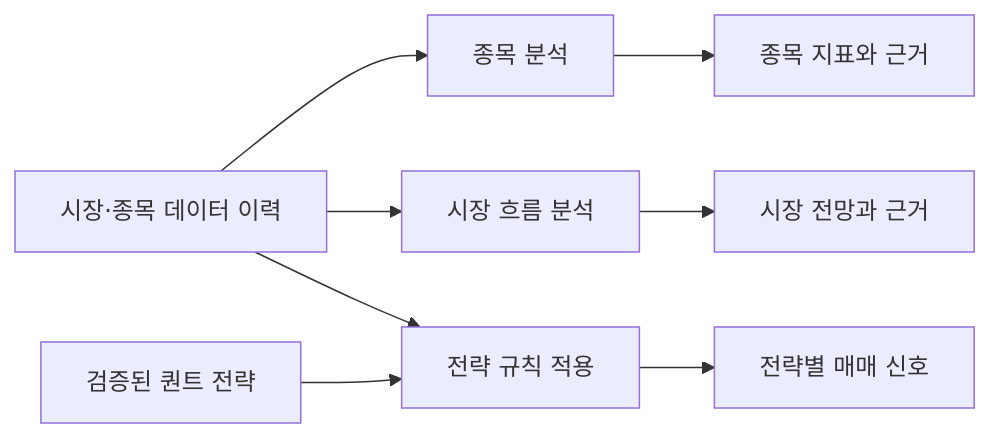
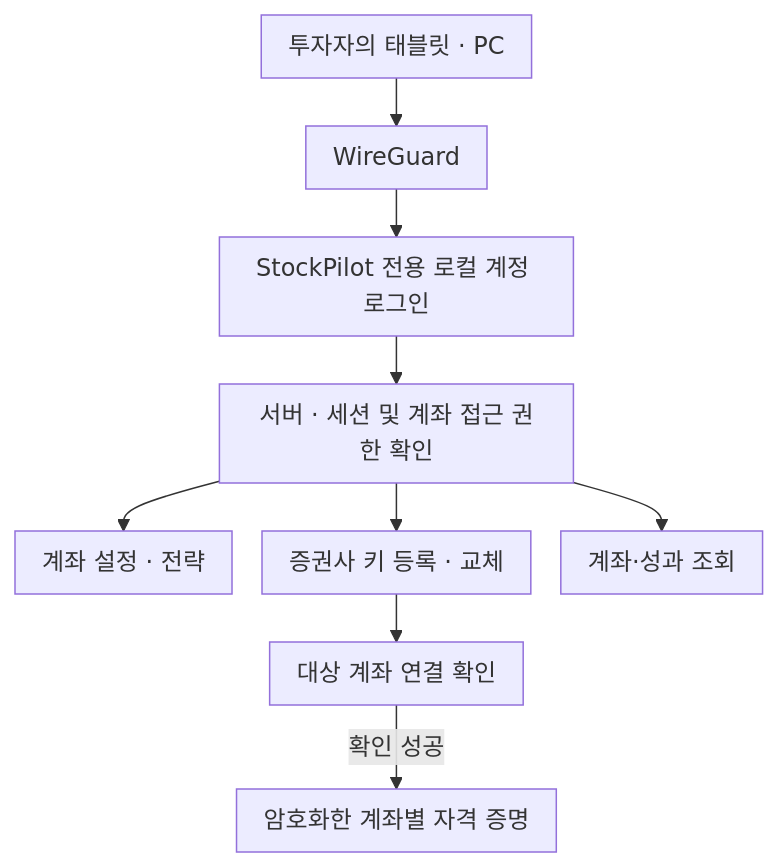
Before and after one commit to vaynel/stockpilot: the second of 4 diagrams in 01. 전체 아키텍처.md, drawn with Mermaid. The commit also changed other lines of this file and 44 other files, not shown here.

Commit message:
StockPilot 설계 문서와 화면별 와이어프레임 정리

````diff
--- a/01. 전체 아키텍처.md
+++ b/01. 전체 아키텍처.md
@@ -37,7 +38,12 @@
 ```mermaid
-flowchart LR
-    snapshot["시장·종목 데이터 이력"] --> stock["종목 분석"] --> metrics["종목 지표와 근거"]
-    snapshot --> market["시장 흐름 분석"] --> outlook["시장 전망과 근거"]
-    snapshot --> quant["전략 규칙 적용"] --> signal["전략별 매매 신호"]
-    catalog["검증된 퀀트 전략"] --> quant
+%%{init: {"flowchart": {"nodeSpacing": 20, "rankSpacing": 32, "padding": 9}}}%%
+flowchart TD
+    client["투자자의 태블릿 · PC"] --> vpn["WireGuard"]
+    vpn --> login["StockPilot 전용 로컬 계정 로그인"]
+    login --> auth["서버 · 세션 및 계좌 접근 권한 확인"]
+    auth --> settings["계좌 설정 · 전략"]
+    auth --> keys["증권사 키 등록 · 교체"]
+    auth --> read["계좌·성과 조회"]
+    keys --> check["대상 계좌 연결 확인"]
+    check -->|확인 성공| vault["암호화한 계좌별 자격 증명"]
 ```
````
